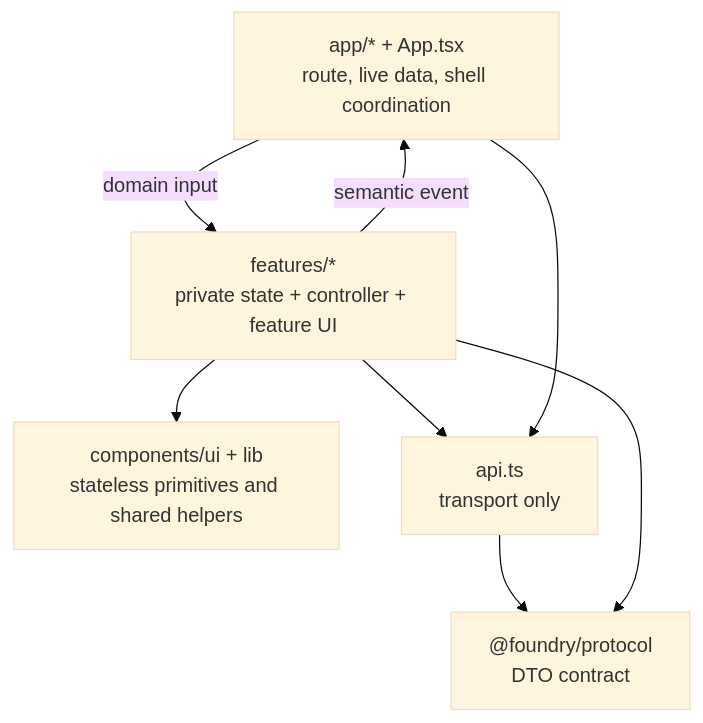
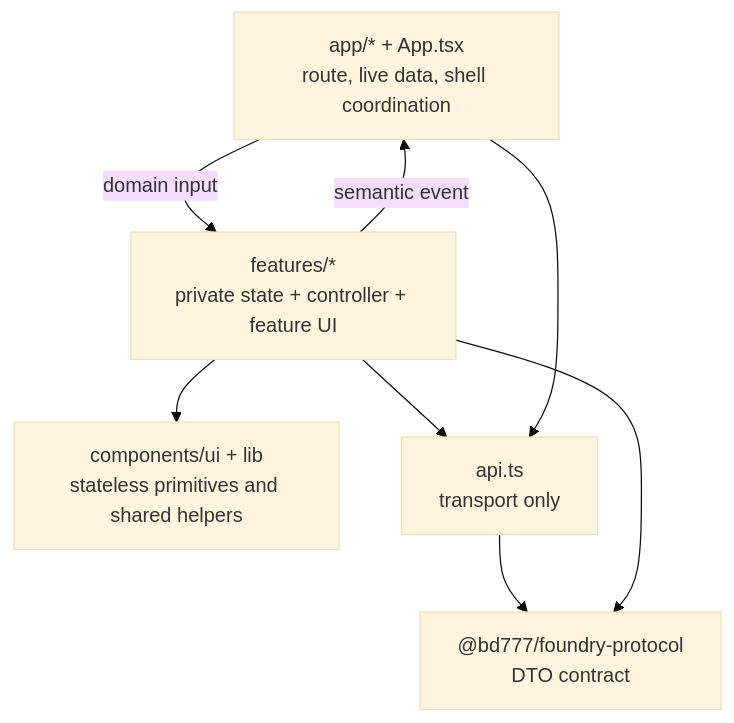
One commit to BD777/foundry changed the diagram in apps/web/src/ARCHITECTURE.md. Above: the diagram before and after it, drawn with Mermaid (base theme). The commit also changed other lines of this file and 185 other files, not shown here.

````diff
--- a/apps/web/src/ARCHITECTURE.md
+++ b/apps/web/src/ARCHITECTURE.md
@@ -7,16 +7,16 @@
 ```mermaid
 flowchart TB
   APP["app/* + App.tsx\nroute, live data, shell coordination"]
   FEATURE["features/*\nprivate state + controller + feature UI"]
   SHARED["components/ui + lib\nstateless primitives and shared helpers"]
   API["api.ts\ntransport only"]
-  PROTOCOL["@foundry/protocol\nDTO contract"]
+  PROTOCOL["@bd777/foundry-protocol\nDTO contract"]
 
   APP -->|domain input| FEATURE
   FEATURE -->|semantic event| APP
   FEATURE --> SHARED
   FEATURE --> API
   APP --> API
   API --> PROTOCOL
   FEATURE --> PROTOCOL
 ```
````
